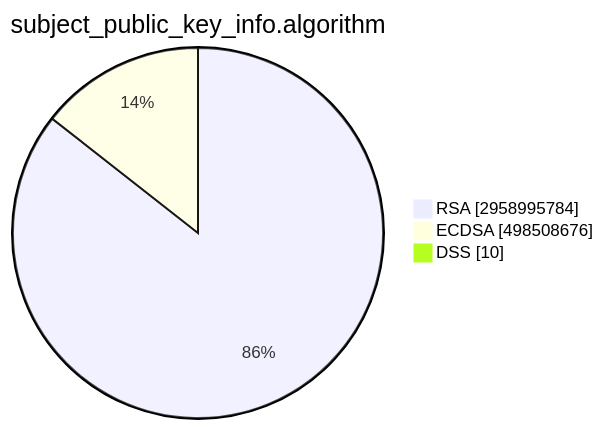
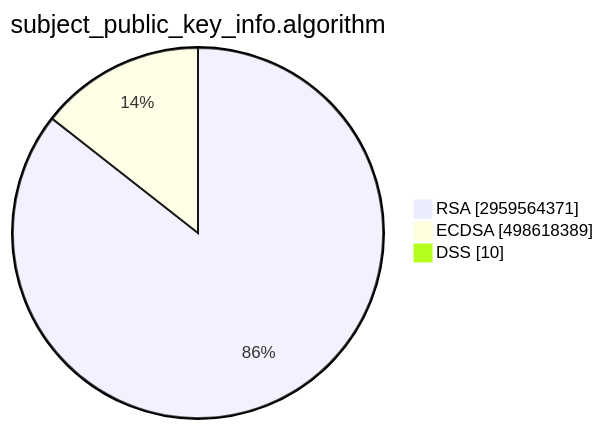
One commit to christiankrug/ctmonitor_visualization changed the second of 15 diagrams in TOTAL/README.md. Above: the diagram before and after it, drawn with Mermaid. The commit also changed other lines of this file, not shown here.

````diff
--- a/TOTAL/README.md
+++ b/TOTAL/README.md
@@ -6,7 +6,7 @@
 ```mermaid
 pie showData
 title subject_public_key_info.algorithm
-"RSA" :2958995784
-"ECDSA" :498508676
+"RSA" :2959564371
+"ECDSA" :498618389
 "DSS" :10
 ```
````
